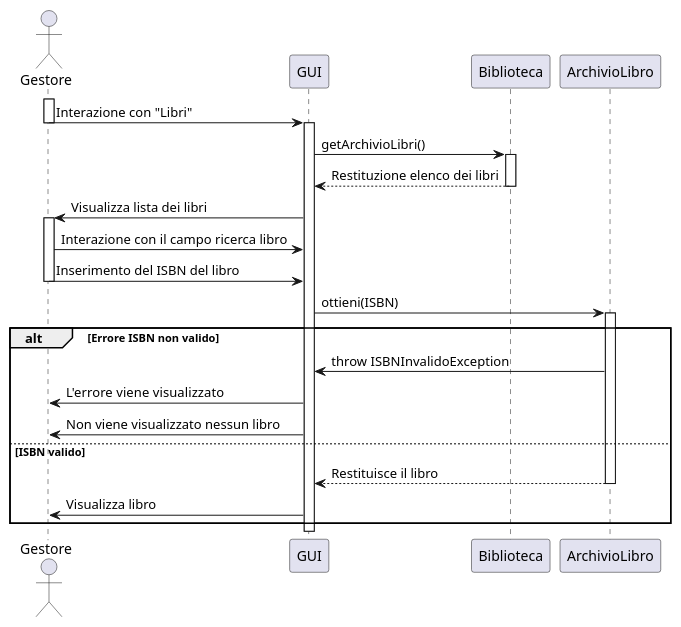
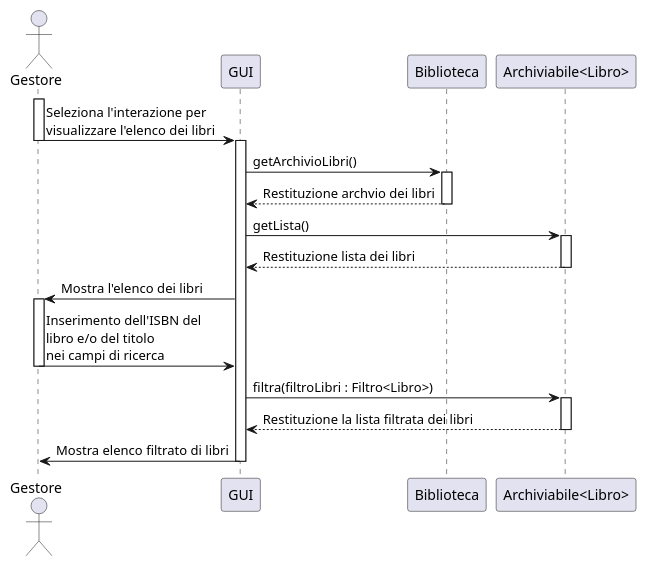
One commit to Meziu/easylibrary changed the diagram in docs/uml/DiagrammiSequenza/UMLRicercaLibro.puml. Above: the diagram before and after it, drawn with PlantUML. The commit also changed 5 other files, not shown here.

Commit message:
Migliorie ai diagrammi di sequenza

```diff
--- a/docs/uml/DiagrammiSequenza/UMLRicercaLibro.puml
+++ b/docs/uml/DiagrammiSequenza/UMLRicercaLibro.puml
@@ -1,37 +1,38 @@
 @startuml
 actor Gestore as G
 participant "GUI" as UI
 participant "Biblioteca" as B
-participant  "ArchivioLibro" as AL
-
+participant  "Archiviabile<Libro>" as A
 
 '  ---- Flusso principale -----
 activate G
-G -> UI : Interazione con "Libri"
+G -> UI : Seleziona l'interazione per\nvisualizzare l'elenco dei libri
 deactivate G
 activate UI
 
 UI -> B : getArchivioLibri()
 activate B
-B --> UI : Restituzione elenco dei libri
+B --> UI : Restituzione archvio dei libri
 deactivate B
-UI -> G : Visualizza lista dei libri
+
+UI -> A : getLista()
+activate A
+A --> UI : Restituzione lista dei libri
+deactivate A
+
+UI -> G : Mostra l'elenco dei libri
+
 activate G
 '-- Ricerca del libro --
-G -> UI : Interazione con il campo ricerca libro
-G -> UI : Inserimento del ISBN del libro
+G -> UI : Inserimento dell'ISBN del\nlibro e/o del titolo\nnei campi di ricerca
 deactivate G
-UI -> AL : ottieni(ISBN)
-activate AL
-'-- Errore ISBN --
-alt Errore ISBN non valido
-    AL -> UI : throw ISBNInvalidoException
-    UI -> G : L'errore viene visualizzato
-    UI -> G : Non viene visualizzato nessun libro
-else ISBN valido
-    AL --> UI : Restituisce il libro
-    deactivate AL
-    UI -> G : Visualizza libro
-end
+UI -> A : filtra(filtroLibri : Filtro<Libro>)
+activate A
+A --> UI : Restituzione la lista filtrata dei libri
+deactivate A
+
+UI -> G : Mostra elenco filtrato di libri
+deactivate UI
+
 
 @enduml
```
